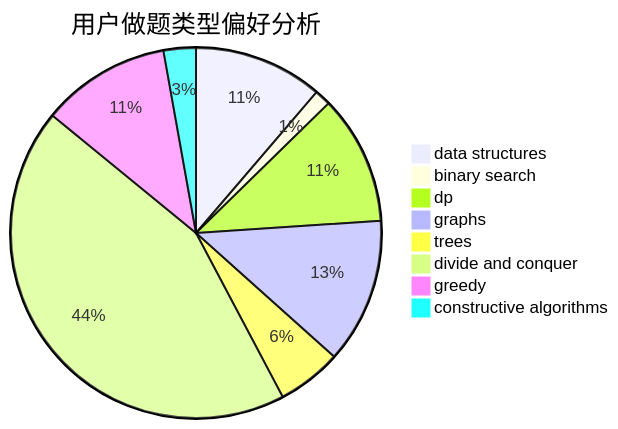
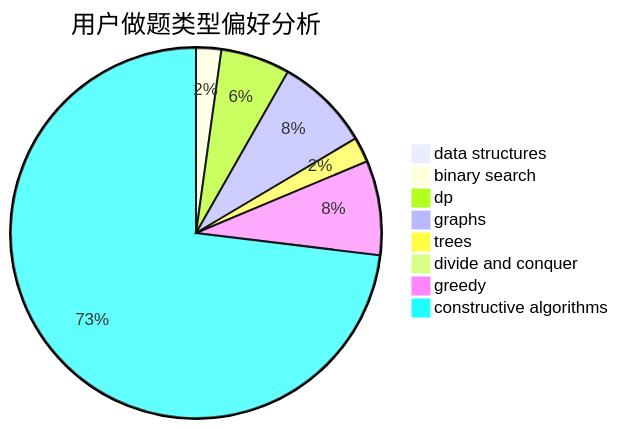
One commit to sherpahu/cfrs.github.io changed the second of 3 diagrams in docs/user/u1244.md. Above: the diagram before and after it, drawn with Mermaid. The commit also changed other lines of this file and 2770 other files, not shown here.

````diff
--- a/docs/user/u1244.md
+++ b/docs/user/u1244.md
@@ -23,11 +23,11 @@
 ```mermaid
 pie title 用户做题类型偏好分析
-    "data structures" :  16
-    "binary search" :  2
-    "dp" :  16
-    "graphs" :  18
-    "trees" :  8
-    "divide and conquer" :  62
-    "greedy" :  16
-    "constructive algorithms" :  4
+    "data structures" :  0
+    "binary search" :  4
+    "dp" :  11
+    "graphs" :  15
+    "trees" :  4
+    "divide and conquer" :  0
+    "greedy" :  15
+    "constructive algorithms" :  133
 ```
````
